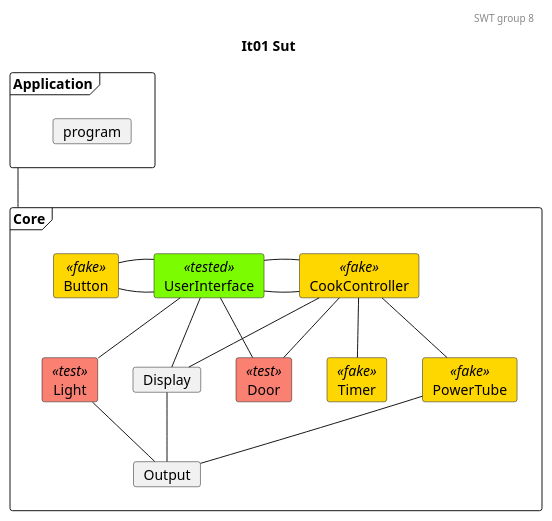
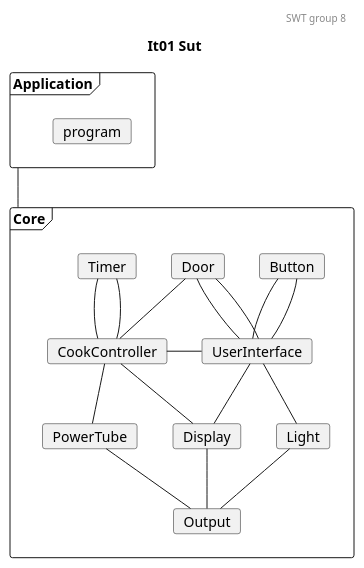
The diagram in docs/SysTestTree1.plantuml (mikkel-ol/I4SWT-MicrowaveOven), drawn with PlantUML before and after one commit. The commit also changed 2 other files, not shown here.

Commit message:
Update diagrams - from feedback

```diff
--- a/docs/SysTestTree1.plantuml
+++ b/docs/SysTestTree1.plantuml
@@ -1,63 +1,65 @@
 @startuml
 
 'Testing colors:
 skinparam card{
     backgroundColor<<tested>> lawngreen
     backgroundColor<<sut>> salmon
     backgroundColor<<test>> salmon
     backgroundColor<<fake>> gold
 }
 
 header SWT group 8
 title It01 Sut
 
 frame Application{
     card program
 }
 
 frame Core{
-    card UserInterface<<tested>>
-    card CookController<<fake>>
+    card UserInterface
+    card CookController
 
-    card Door<<test>>
-    card Light<<test>>
-    card Timer<<fake>>
-    card PowerTube<<fake>>
+    card Door
+    card Light
+    card Timer
+    card PowerTube
     card Display
     card Output
-    card Button<<fake>>
+    card Button
 }
+Application -- Core
 
 'Relations projects
 ' 0. to 1.
-Application -- Core
+Door -- UserInterface
+Door -- UserInterface
+
+Button -- UserInterface
+Button -- UserInterface
+
 
 'Relations CookController:
 '1.
 CookController - UserInterface
 '1. to 2.
-CookController -- Door
-CookController -- Timer
+Door - CookController
+
+Timer -- CookController
+Timer -- CookController
+
 CookController -- PowerTube
-CookController -- Display
-
-'Relations UserInterface:
-'1.
-UserInterface - CookController
-Button - UserInterface 
-UserInterface - Button
 
 '1. to 2.
+UserInterface -- Display
 UserInterface -- Light
-UserInterface -- Door
-UserInterface -- Display
+CookController -- Display
 
 
 ' Relations 2. to 3.
 Light -- Output
 Display -- Output
 PowerTube -- Output
 
 
 
 @enduml
```
